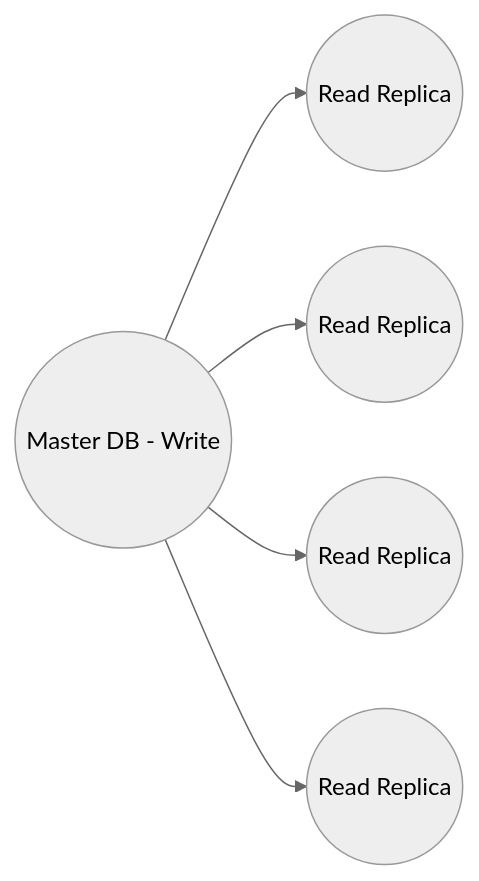
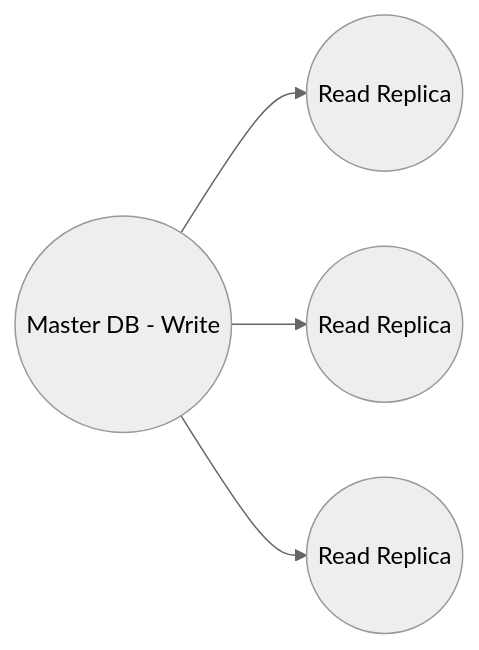
Before and after one commit to saitaiky/notebook: the first of 2 diagrams in docs/docs/software-development/system-design/data/nosql-vs-sql.md, drawn with Mermaid (neutral theme). The commit also changed other lines of this file and 4 other files, not shown here.

````diff
--- a/docs/docs/software-development/system-design/data/nosql-vs-sql.md
+++ b/docs/docs/software-development/system-design/data/nosql-vs-sql.md
@@ -25,7 +191,6 @@
 ```mermaid
 graph LR
   MasterDB((Master DB - Write)) --> Replica1((Read Replica))
   MasterDB --> Replica2((Read Replica))
   MasterDB --> Replica3((Read Replica))
-  MasterDB --> Replica4((Read Replica))
 ```
````
